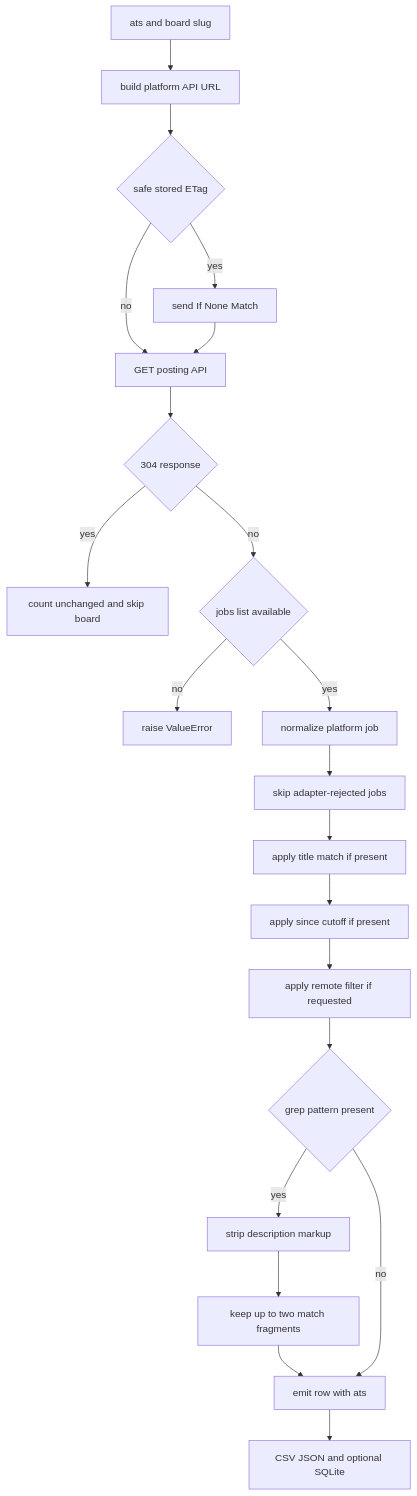
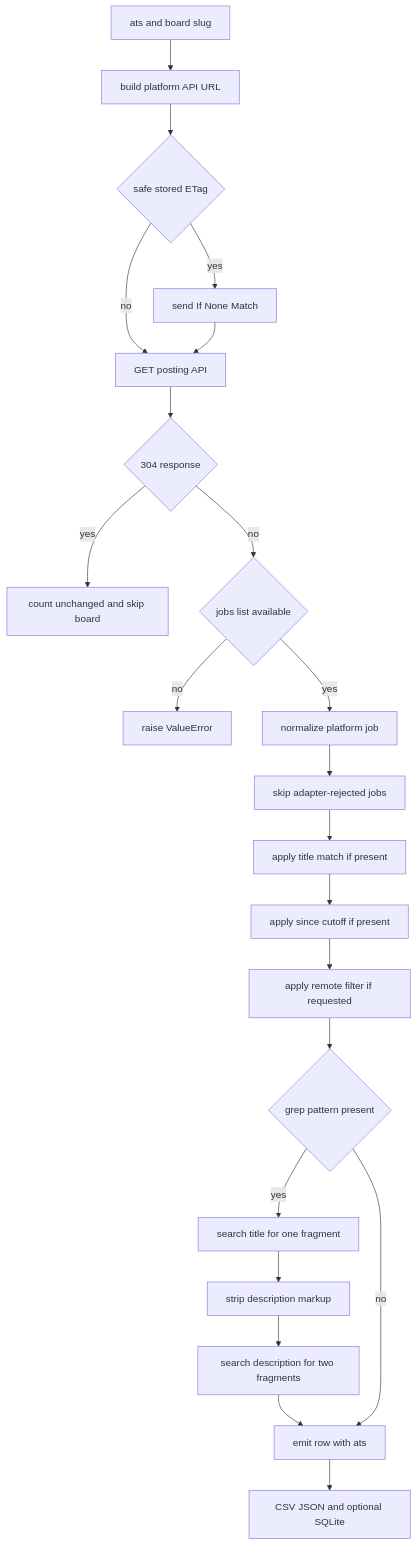
One commit to dlibis/job-boards changed the diagram in openwiki/workflows/job-scrape.md. Above: the diagram before and after it, drawn with Mermaid. The commit also changed other lines of this file and 6 other files, not shown here.

First line of the commit message:
Match --grep against the title as well as the description (#7)

````diff
--- a/openwiki/workflows/job-scrape.md
+++ b/openwiki/workflows/job-scrape.md
@@ -30,23 +30,24 @@
 ```mermaid
 flowchart TD
     Board["ats and board slug"] --> URL["build platform API URL"]
     URL --> Conditional{"safe stored ETag"}
     Conditional -->|"yes"| Header["send If None Match"]
     Conditional -->|"no"| Fetch["GET posting API"]
     Header --> Fetch
     Fetch --> Modified{"304 response"}
     Modified -->|"yes"| Skip["count unchanged and skip board"]
     Modified -->|"no"| Shape{"jobs list available"}
     Shape -->|"no"| Fail["raise ValueError"]
     Shape -->|"yes"| Adapter["normalize platform job"]
     Adapter --> Listed["skip adapter-rejected jobs"]
     Listed --> Title["apply title match if present"]
     Title --> Fresh["apply since cutoff if present"]
     Fresh --> Remote["apply remote filter if requested"]
     Remote --> Grep{"grep pattern present"}
-    Grep -->|"yes"| Text["strip description markup"]
-    Text --> Fragments["keep up to two match fragments"]
+    Grep -->|"yes"| TitleGrep["search title for one fragment"]
+    TitleGrep --> Text["strip description markup"]
+    Text --> Fragments["search description for two fragments"]
     Fragments --> Row["emit row with ats"]
     Grep -->|"no"| Row
     Row --> Outputs["CSV JSON and optional SQLite"]
 ```
````
